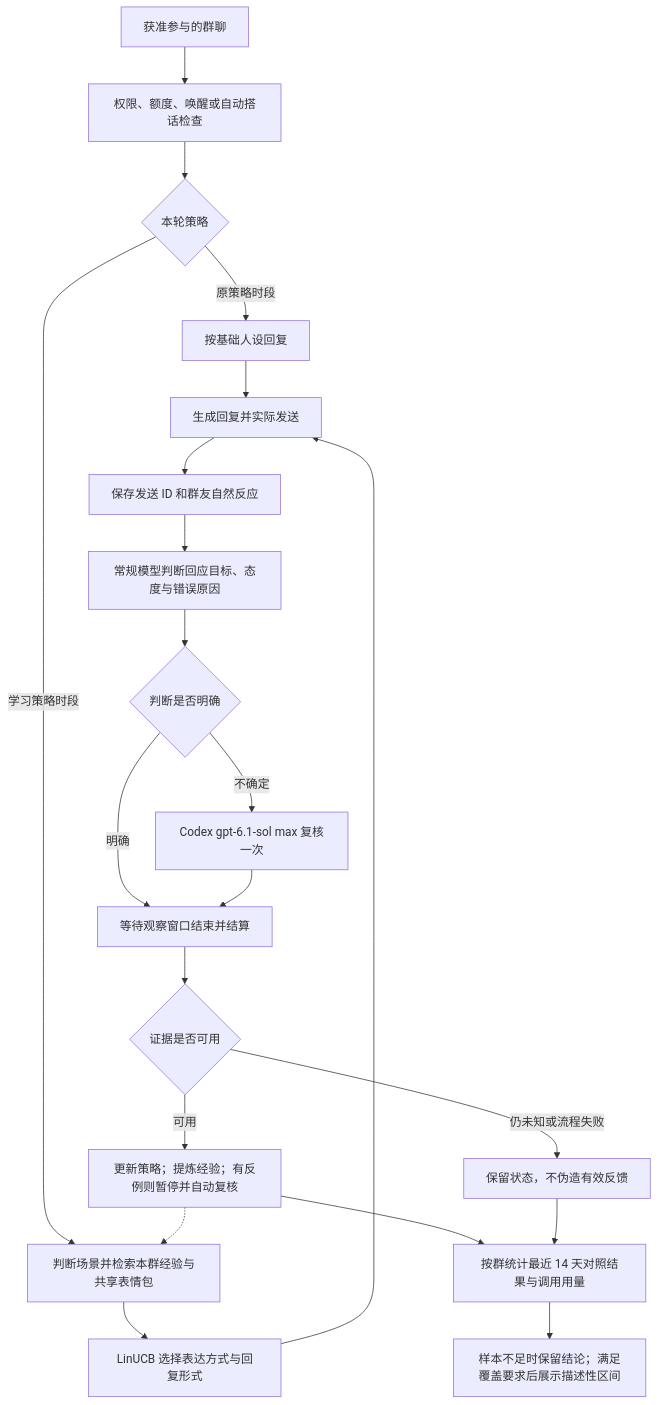
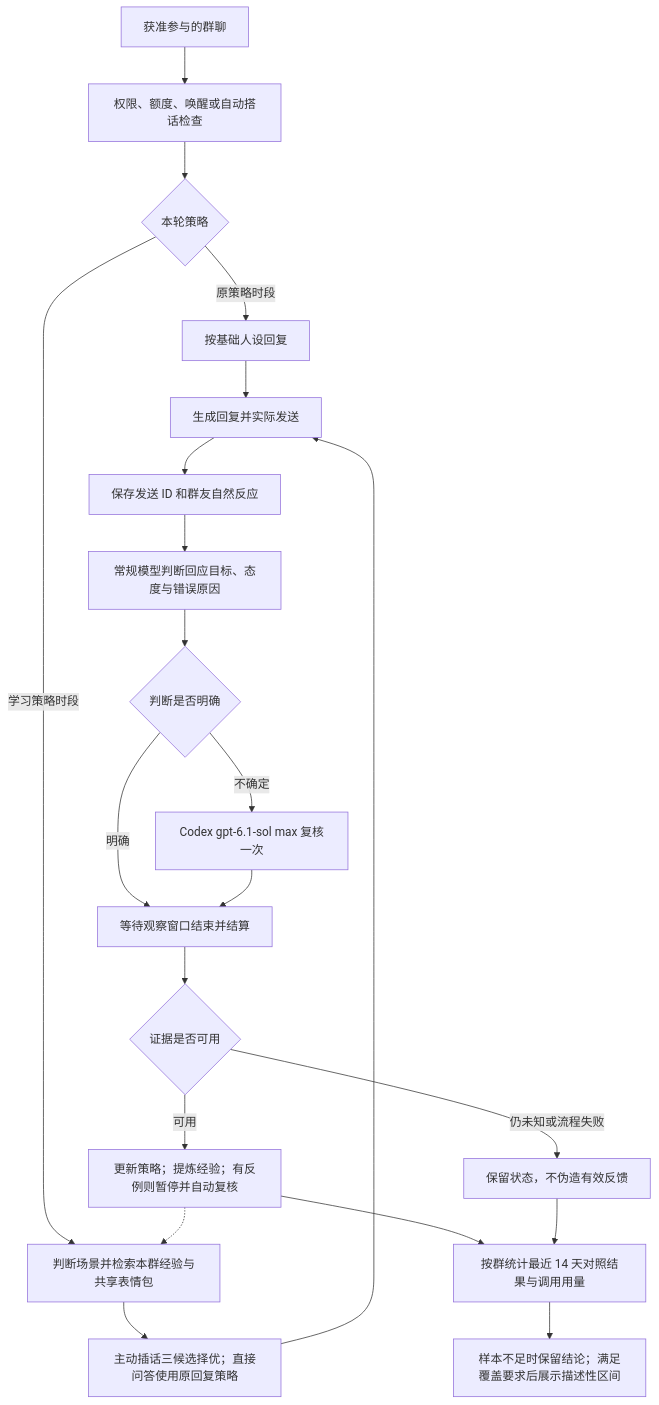
Before and after one commit to ryujou/astrbot_plugin_qq_chat_control: the diagram in README.md, drawn with Mermaid. The commit also changed other lines of this file and 15 other files, not shown here.

````diff
--- a/README.md
+++ b/README.md
@@ -46,23 +47,23 @@
 ```mermaid
 flowchart TD
     A[获准参与的群聊] --> B[权限、额度、唤醒或自动搭话检查]
     B --> C{本轮策略}
     C -->|原策略时段| D[按基础人设回复]
     C -->|学习策略时段| E[判断场景并检索本群经验与共享表情包]
-    E --> F[LinUCB 选择表达方式与回复形式]
+    E --> F[主动插话三候选择优；直接问答使用原回复策略]
     F --> G[生成回复并实际发送]
     D --> G
     G --> H[保存发送 ID 和群友自然反应]
     H --> I[常规模型判断回应目标、态度与错误原因]
     I --> J{判断是否明确}
     J -->|不确定| K[Codex gpt-6.1-sol max 复核一次]
     J -->|明确| L[等待观察窗口结束并结算]
     K --> L
     L --> M{证据是否可用}
     M -->|可用| N[更新策略；提炼经验；有反例则暂停并自动复核]
     M -->|仍未知或流程失败| O[保留状态，不伪造有效反馈]
     N -.-> E
     N --> P[按群统计最近 14 天对照结果与调用用量]
     O --> P
     P --> Q[样本不足时保留结论；满足覆盖要求后展示描述性区间]
 ```
````
